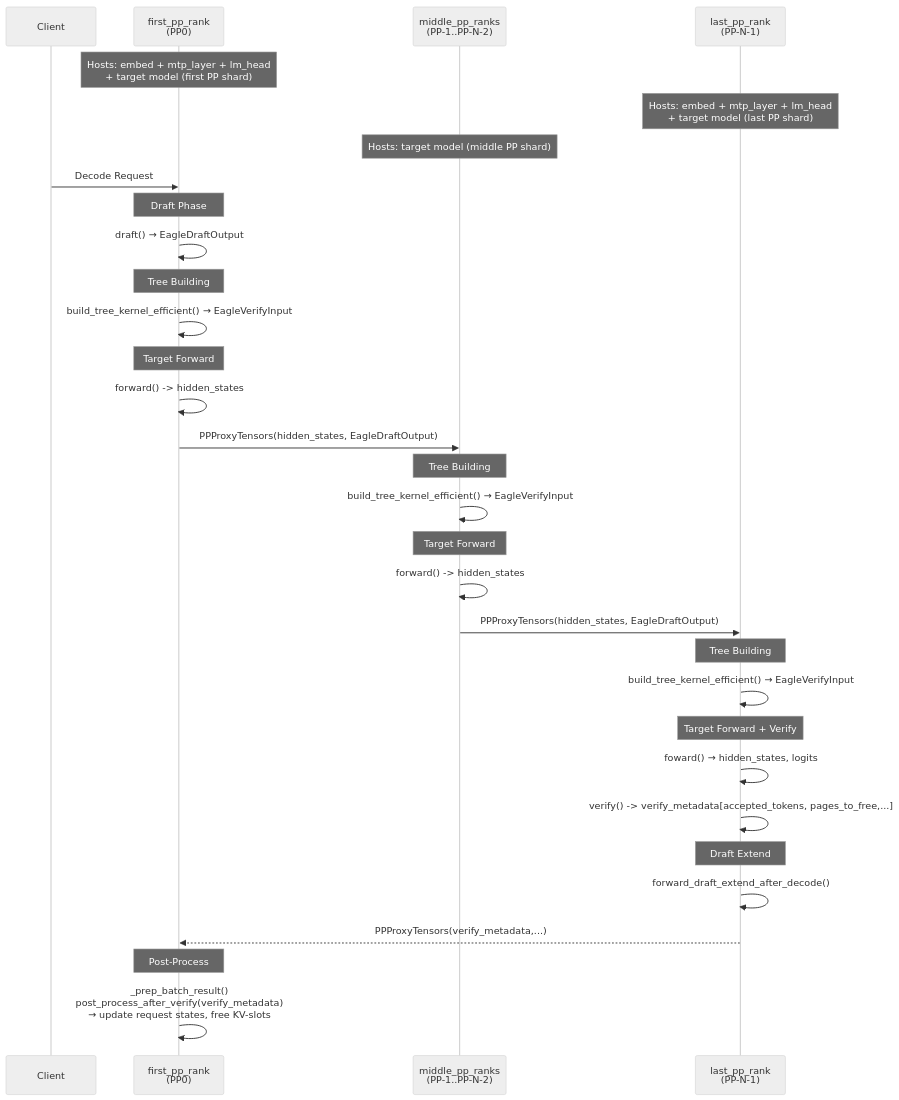
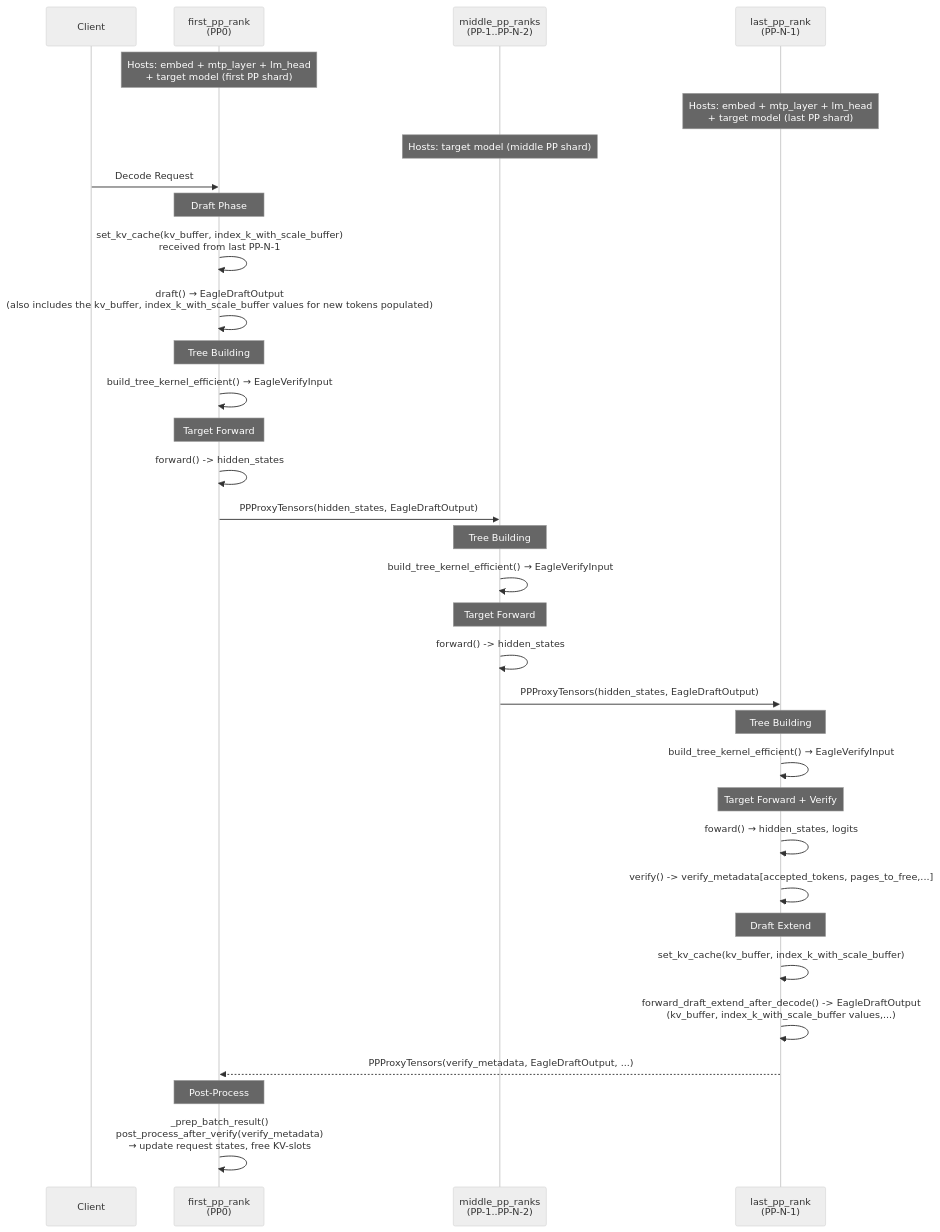
The diagram in spec_plan.md (MMuzzammil1/musings), drawn with Mermaid (neutral theme) before and after one commit. The commit also changed other lines of this file, not shown here.

````diff
--- a/spec_plan.md
+++ b/spec_plan.md
@@ -26,46 +21,48 @@
 ```mermaid
 sequenceDiagram
     participant C as Client
     participant PP0 as first_pp_rank<br/>(PP0)
     participant PPn as middle_pp_ranks<br/>(PP-1..PP-N-2)
     participant PPL as last_pp_rank<br/>(PP-N-1)
 
     note over PP0: Hosts: embed + mtp_layer + lm_head<br/>+ target model (first PP shard)
     note over PPL: Hosts: embed + mtp_layer + lm_head<br/>+ target model (last PP shard)
     note over PPn: Hosts: target model (middle PP shard)
 
     C->>PP0: Decode Request
 
     note over PP0: Draft Phase
-    PP0->>PP0: draft() → EagleDraftOutput
+    PP0->>PP0: set_kv_cache(kv_buffer, index_k_with_scale_buffer) <br/> received from last PP-N-1
+    PP0->>PP0: draft() → EagleDraftOutput<br/> (also includes the kv_buffer, index_k_with_scale_buffer values for new tokens populated)
 
     note over PP0: Tree Building
     PP0->>PP0: build_tree_kernel_efficient() → EagleVerifyInput
 
     note over PP0: Target Forward
     PP0->>PP0: forward() -> hidden_states
 
     PP0->>PPn: PPProxyTensors(hidden_states, EagleDraftOutput)
 
     note over PPn: Tree Building
     PPn->>PPn: build_tree_kernel_efficient() → EagleVerifyInput
 
     note over PPn: Target Forward
     PPn->>PPn: forward() -> hidden_states
 
     PPn->>PPL: PPProxyTensors(hidden_states, EagleDraftOutput)
 
     note over PPL: Tree Building
     PPL->>PPL: build_tree_kernel_efficient() → EagleVerifyInput
 
     note over PPL: Target Forward + Verify
     PPL->>PPL: foward() → hidden_states, logits
     PPL->>PPL: verify() -> verify_metadata[accepted_tokens, pages_to_free,...]
 
     note over PPL: Draft Extend
-    PPL->>PPL: forward_draft_extend_after_decode()
-    PPL-->>PP0: PPProxyTensors(verify_metadata,...)
+    PPL->>PPL: set_kv_cache(kv_buffer, index_k_with_scale_buffer)
+    PPL->>PPL: forward_draft_extend_after_decode() -> EagleDraftOutput <br/> (kv_buffer, index_k_with_scale_buffer values,...)
+    PPL-->>PP0: PPProxyTensors(verify_metadata, EagleDraftOutput, ...)
 
     note over PP0: Post-Process
     PP0->>PP0: _prep_batch_result()<br/>post_process_after_verify(verify_metadata)<br/>→ update request states, free KV-slots
 ```
````
